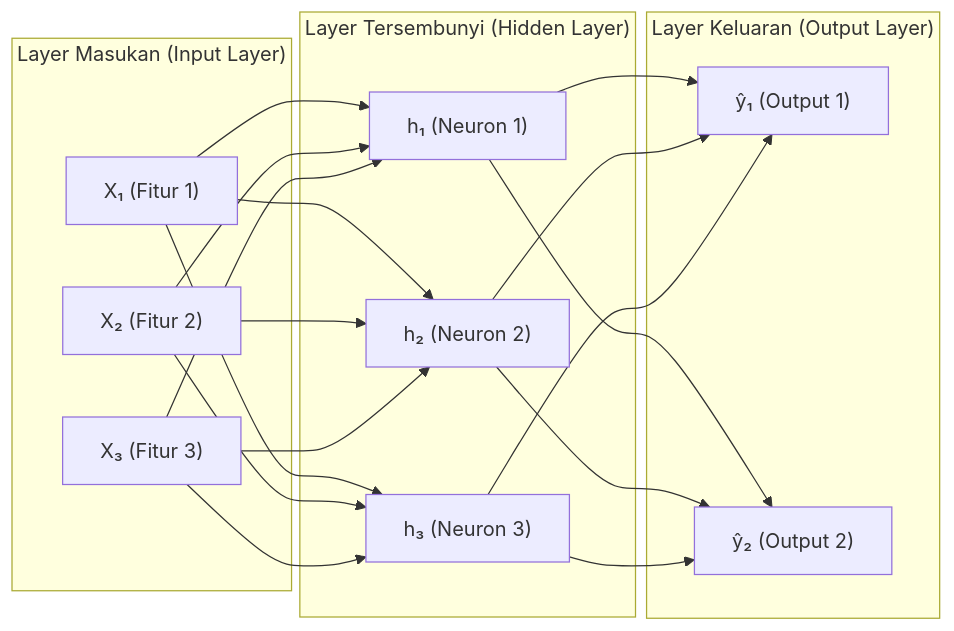
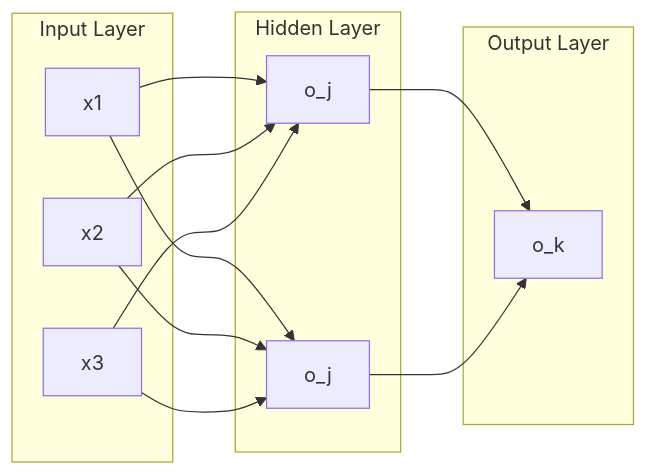
One commit to mahendartea/Learn-AI changed the second of 4 diagrams in content/docs/pertemuan-14.mdx. Above: the diagram before and after it, drawn with Mermaid. The commit also changed other lines of this file and 10 other files, not shown here.

````diff
--- a/content/docs/pertemuan-14.mdx
+++ b/content/docs/pertemuan-14.mdx
@@ -32,40 +106,23 @@
 ```mermaid
 graph LR
-    subgraph IL["Layer Masukan (Input Layer)"]
-        X1["X₁ (Fitur 1)"]
-        X2["X₂ (Fitur 2)"]
-        X3["X₃ (Fitur 3)"]
+    subgraph IL["Input Layer"]
+        X1["x1"]
+        X2["x2"]
+        X3["x3"]
     end
-
-    subgraph HL["Layer Tersembunyi (Hidden Layer)"]
-        H1["h₁ (Neuron 1)"]
-        H2["h₂ (Neuron 2)"]
-        H3["h₃ (Neuron 3)"]
+    subgraph HL["Hidden Layer"]
+        H1["o_j"]
+        H2["o_j"]
     end
-
-    subgraph OL["Layer Keluaran (Output Layer)"]
-        Y1["ŷ₁ (Output 1)"]
-        Y2["ŷ₂ (Output 2)"]
+    subgraph OL["Output Layer"]
+        Y1["o_k"]
     end
-
     X1 --> H1
     X1 --> H2
-    X1 --> H3
-
     X2 --> H1
     X2 --> H2
-    X2 --> H3
-
     X3 --> H1
     X3 --> H2
-    X3 --> H3
-
     H1 --> Y1
-    H1 --> Y2
-
     H2 --> Y1
-    H2 --> Y2
-
-    H3 --> Y1
-    H3 --> Y2
 ```
````
